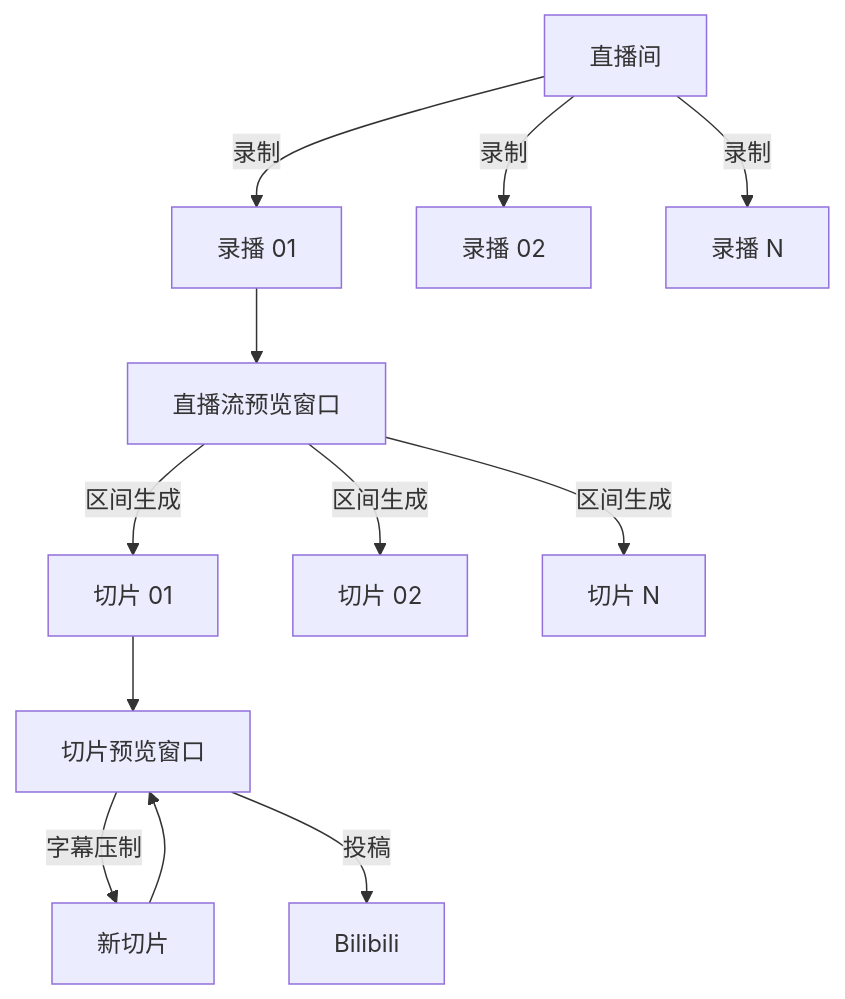
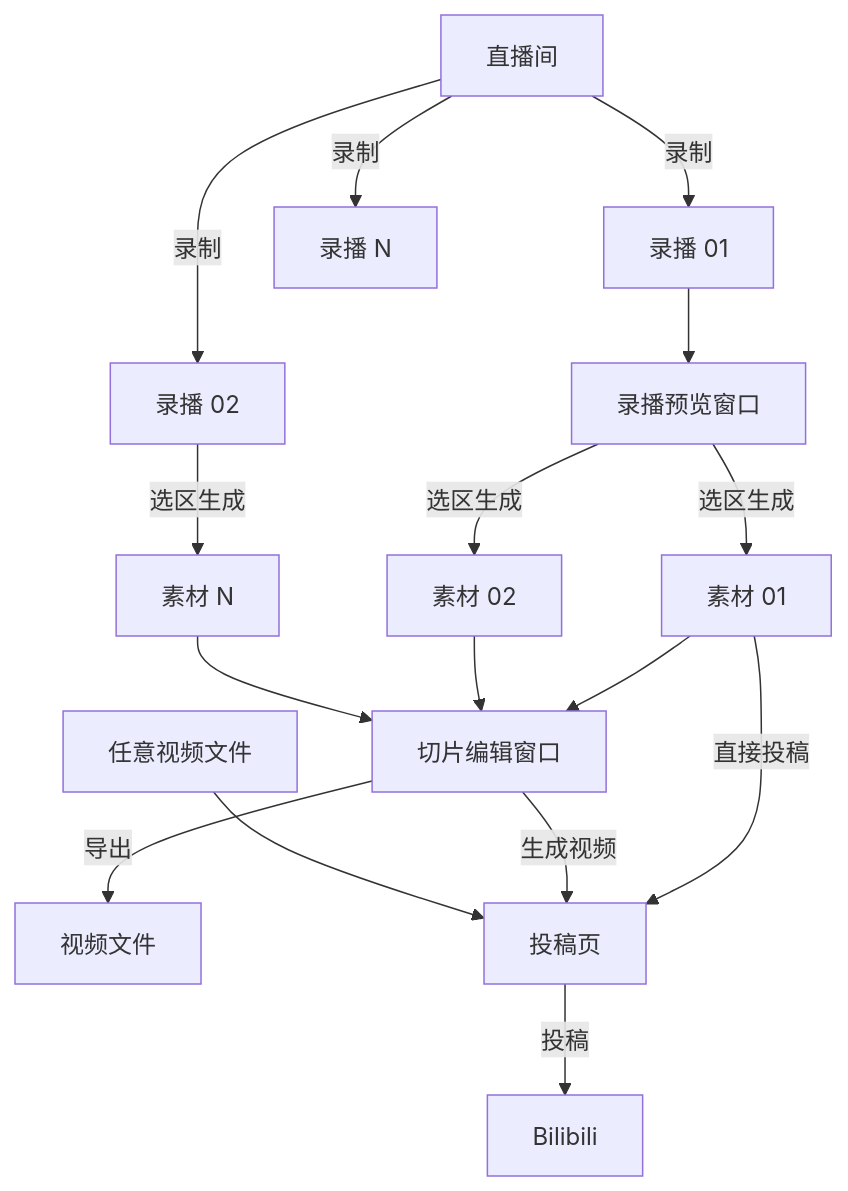
Before and after one commit to Xinrea/bili-shadowreplay: the diagram in docs/usage/features/workflow.md, drawn with Mermaid. The commit also changed other lines of this file and 67 other files, not shown here.

````diff
--- a/docs/usage/features/workflow.md
+++ b/docs/usage/features/workflow.md
@@ -10,21 +11,23 @@
 ```mermaid
 flowchart TD
     A[直播间] -->|录制| B[录播 01]
     A -->|录制| C[录播 02]
     A -->|录制| E[录播 N]
 
-    B --> F[直播流预览窗口]
+    B --> F[录播预览窗口]
 
-    F -->|区间生成| G[切片 01]
-    F -->|区间生成| H[切片 02]
-    F -->|区间生成| I[切片 N]
+    F -->|选区生成| G[素材 01]
+    F -->|选区生成| H[素材 02]
+    C -->|选区生成| I[素材 N]
 
-    G --> J[切片预览窗口]
+    G --> J[切片编辑窗口]
+    H --> J
+    I --> J
 
-    J -->|字幕压制| K[新切片]
+    J -->|导出| K[视频文件]
 
-    K --> J
-
-    J -->|投稿| L[Bilibili]
-
+    G -->|直接投稿| M[投稿页]
+    J -->|生成视频| M
+    N[任意视频文件] --> M
+    M -->|投稿| L[Bilibili]
 ```
````
